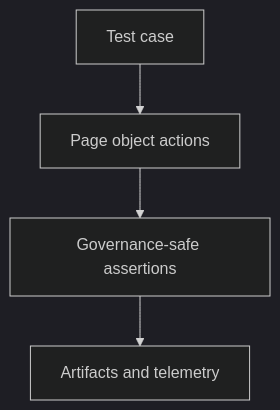
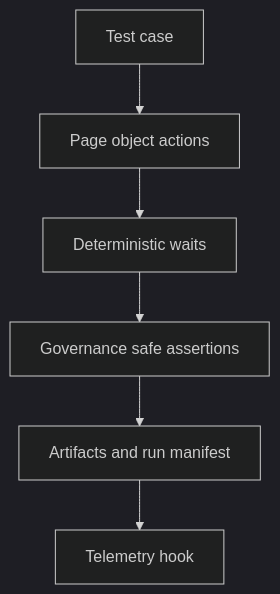
One commit to bartytime4life/Kansas-Frontier-Matrix changed the diagram in tests/e2e/utils/README.md. Above: the diagram before and after it, drawn with Mermaid (dark theme). The commit also changed other lines of this file, not shown here.

```diff
--- a/tests/e2e/utils/README.md
+++ b/tests/e2e/utils/README.md
@@ -350,6 +238,8 @@
 ~~~mermaid
 flowchart TD
   A["Test case"] --> B["Page object actions"]
-  B --> C["Governance-safe assertions"]
-  C --> D["Artifacts and telemetry"]
+  B --> C["Deterministic waits"]
+  C --> D["Governance safe assertions"]
+  D --> E["Artifacts and run manifest"]
+  E --> F["Telemetry hook"]
 ~~~
```
